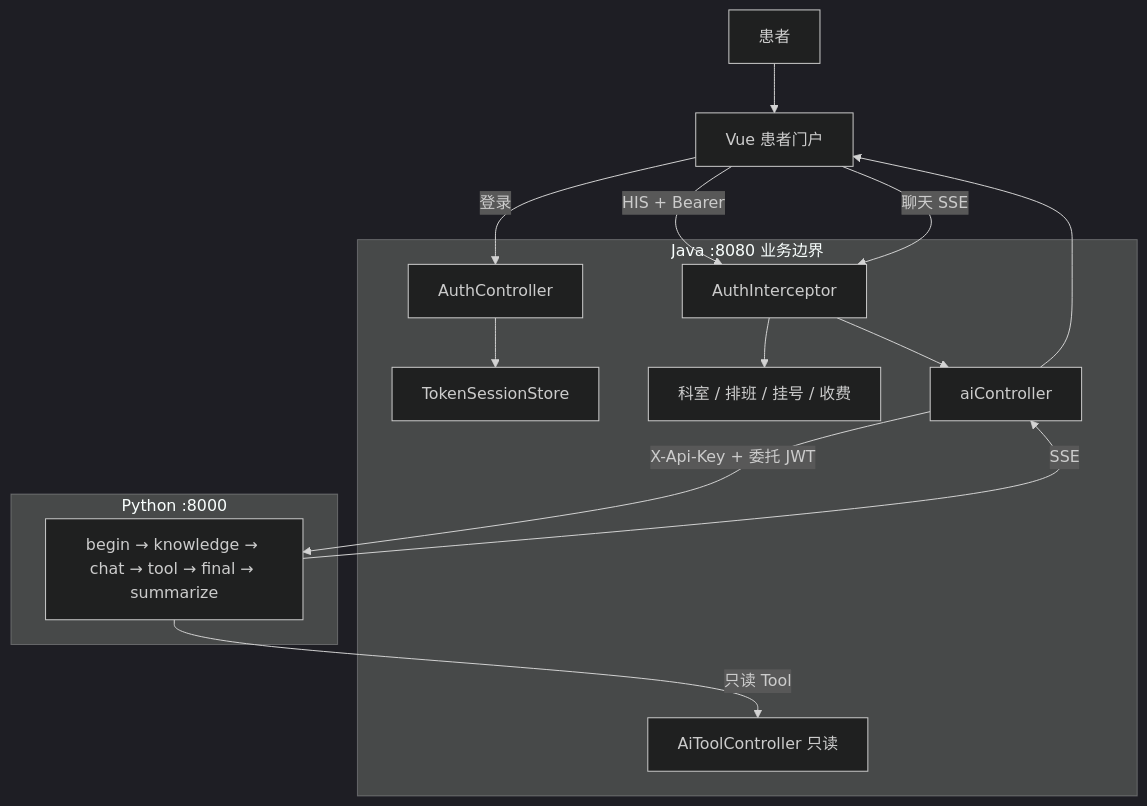
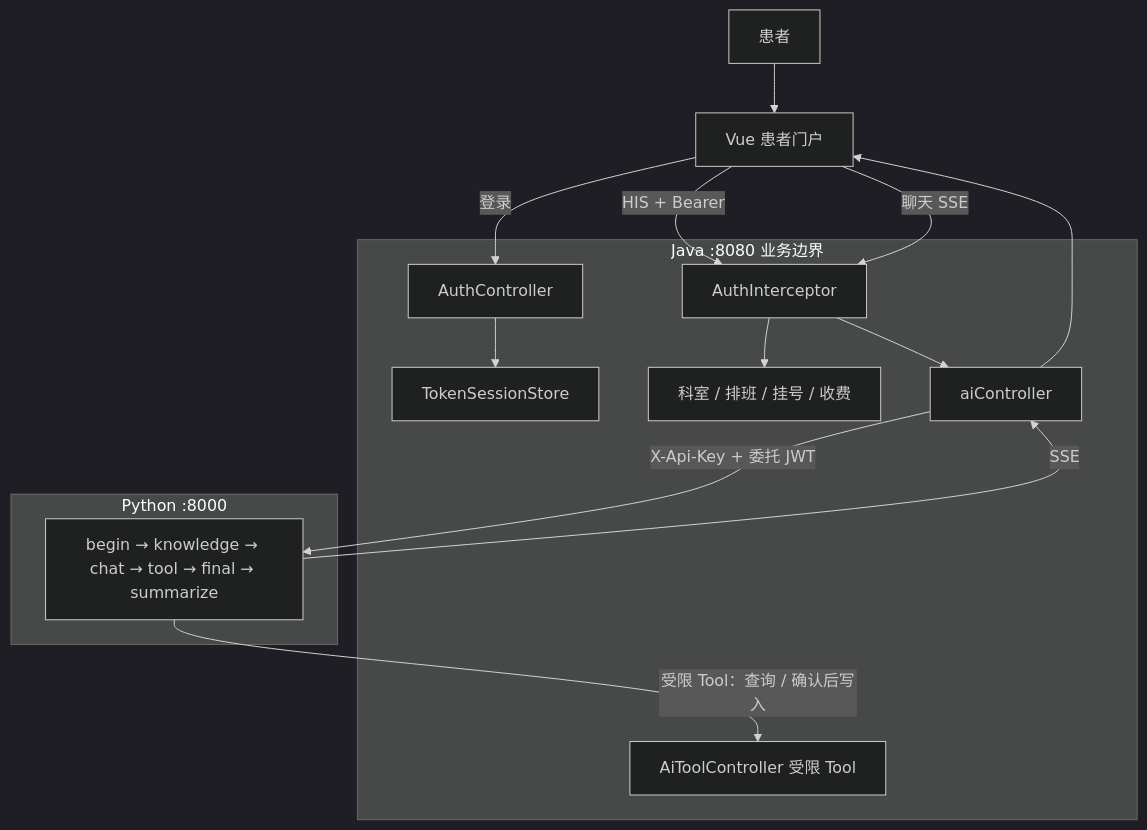
Before and after one commit to 6666ccc/WenRun: the diagram in docs/求职项目评估与流程图.md, drawn with Mermaid (dark theme). The commit also changed other lines of this file and 125 other files, not shown here.

First line of the commit message:
feat(ai): 落地企业级会话上下文、记忆治理与级联意图路由

````diff
--- a/docs/求职项目评估与流程图.md
+++ b/docs/求职项目评估与流程图.md
@@ -113,25 +129,25 @@
 ```mermaid
 flowchart TB
     User[患者]
     Vue[Vue 患者门户]
     User --> Vue
 
     subgraph Java[Java :8080 业务边界]
         Auth[AuthController]
         Session[TokenSessionStore]
         Gate[AuthInterceptor]
         HIS[科室 / 排班 / 挂号 / 收费]
         AiGw[aiController]
-        Tools[AiToolController 只读]
+        Tools[AiToolController 受限 Tool]
     end
 
     subgraph Py[Python :8000]
         G[begin → knowledge → chat → tool → final → summarize]
     end
 
     Vue -->|"登录"| Auth --> Session
     Vue -->|"HIS + Bearer"| Gate --> HIS
     Vue -->|"聊天 SSE"| Gate --> AiGw -->|"X-Api-Key + 委托 JWT"| G
-    G -->|"只读 Tool"| Tools
+    G -->|"受限 Tool：查询 / 确认后写入"| Tools
     G -->|"SSE"| AiGw --> Vue
 ```
````
